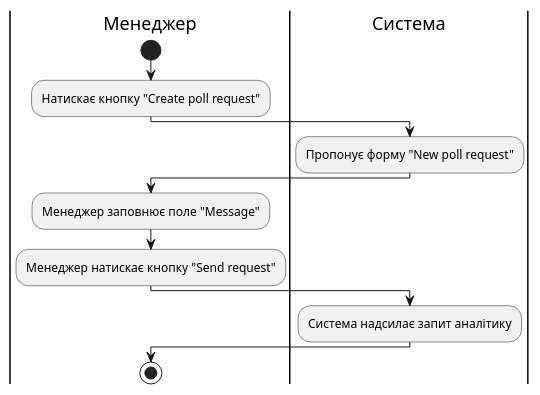
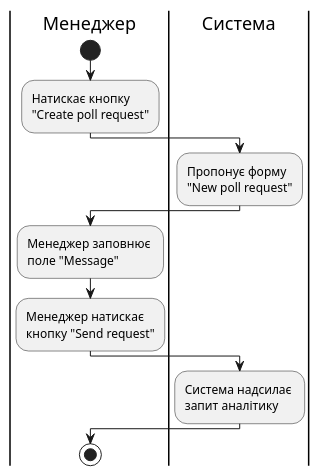
One commit to anrysliusar/SurvExp changed the diagram in src/uml/use-cases/se-1-8.puml. Above: the diagram before and after it, drawn with PlantUML.

```diff
--- a/src/uml/use-cases/se-1-8.puml
+++ b/src/uml/use-cases/se-1-8.puml
@@ -1,16 +1,16 @@
-@startuml
+  @startuml
 
     |Менеджер|
     start
-    :Натискає кнопку "Create poll request";
+    :Натискає кнопку \n"Create poll request";
     |Система|
-    :Пропонує форму "New poll request";
+    :Пропонує форму \n"New poll request";
     |Менеджер|
-    :Менеджер заповнює поле "Message";
-    :Менеджер натискає кнопку "Send request";
+    :Менеджер заповнює \nполе "Message";
+    :Менеджер натискає \nкнопку "Send request";
     |Система|
-    :Система надсилає запит аналітику;
+    :Система надсилає \nзапит аналітику;
     |Менеджер|
     stop
 
 @enduml
```
